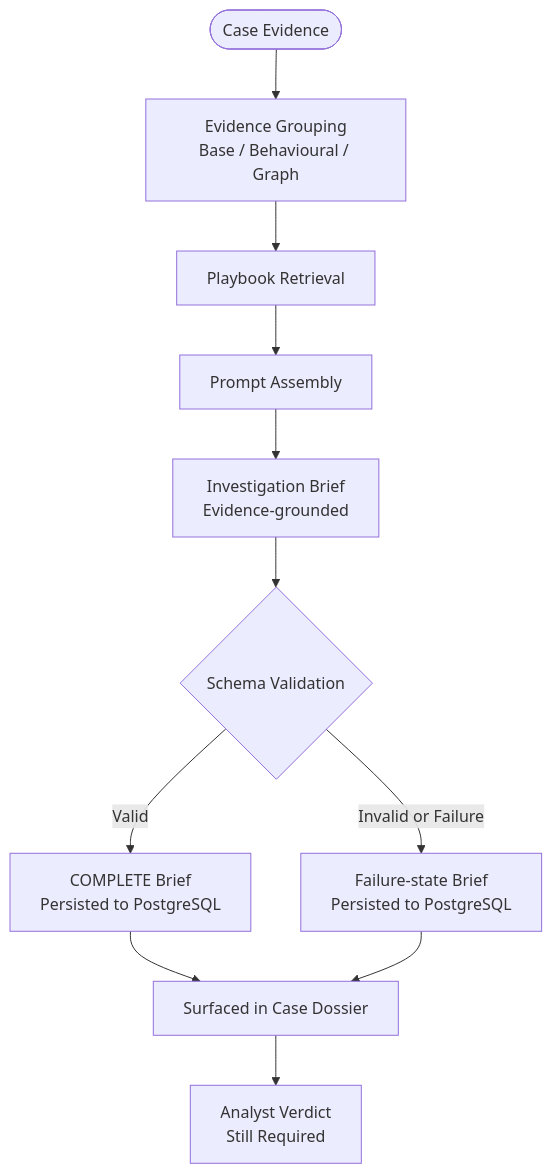
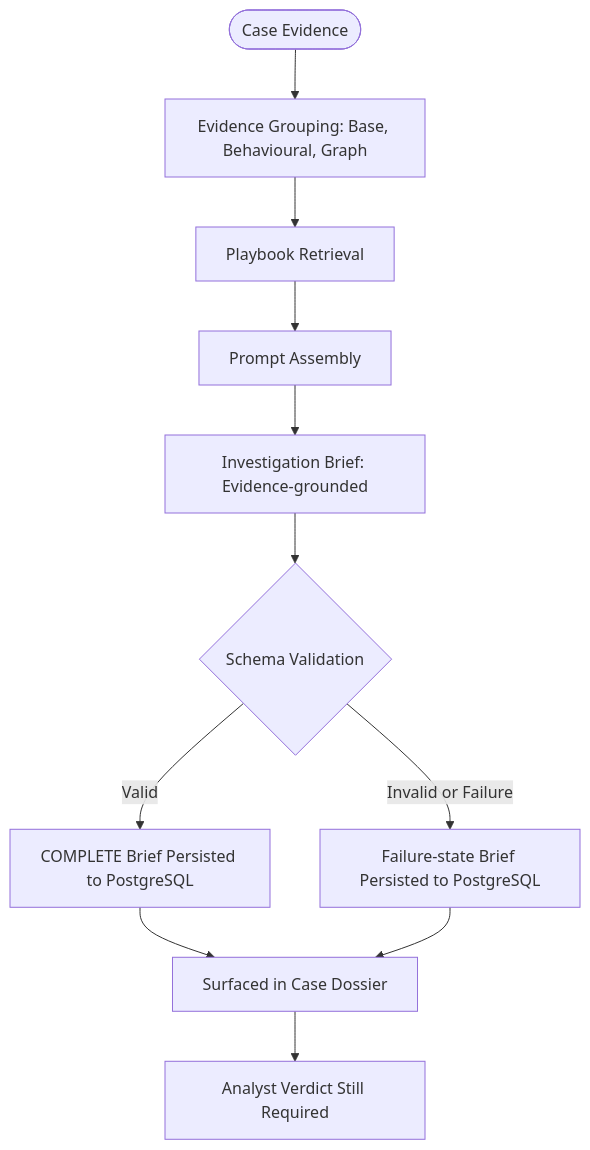
The fourth of 6 diagrams in README.md (IjazKakkodDS/transaction-fraud-intelligence-console), drawn with Mermaid before and after one commit. The commit also changed other lines of this file and 3 other files, not shown here.

````diff
--- a/README.md
+++ b/README.md
@@ -303,13 +303,13 @@
 ```mermaid
 flowchart TD
-    A([Case Evidence]) --> B[Evidence Grouping\nBase / Behavioural / Graph]
-    B --> C[Playbook Retrieval]
-    C --> D[Prompt Assembly]
-    D --> E[Investigation Brief\nEvidence-grounded]
-    E --> F{Schema Validation}
-    F -->|Valid| G[COMPLETE Brief\nPersisted to PostgreSQL]
-    F -->|Invalid or Failure| H[Failure-state Brief\nPersisted to PostgreSQL]
-    G --> I[Surfaced in Case Dossier]
+    A(["Case Evidence"]) --> B["Evidence Grouping: Base, Behavioural, Graph"]
+    B --> C["Playbook Retrieval"]
+    C --> D["Prompt Assembly"]
+    D --> E["Investigation Brief: Evidence-grounded"]
+    E --> F{"Schema Validation"}
+    F -->|Valid| G["COMPLETE Brief Persisted to PostgreSQL"]
+    F -->|"Invalid or Failure"| H["Failure-state Brief Persisted to PostgreSQL"]
+    G --> I["Surfaced in Case Dossier"]
     H --> I
-    I --> J[Analyst Verdict\nStill Required]
+    I --> J["Analyst Verdict Still Required"]
 ```
````
